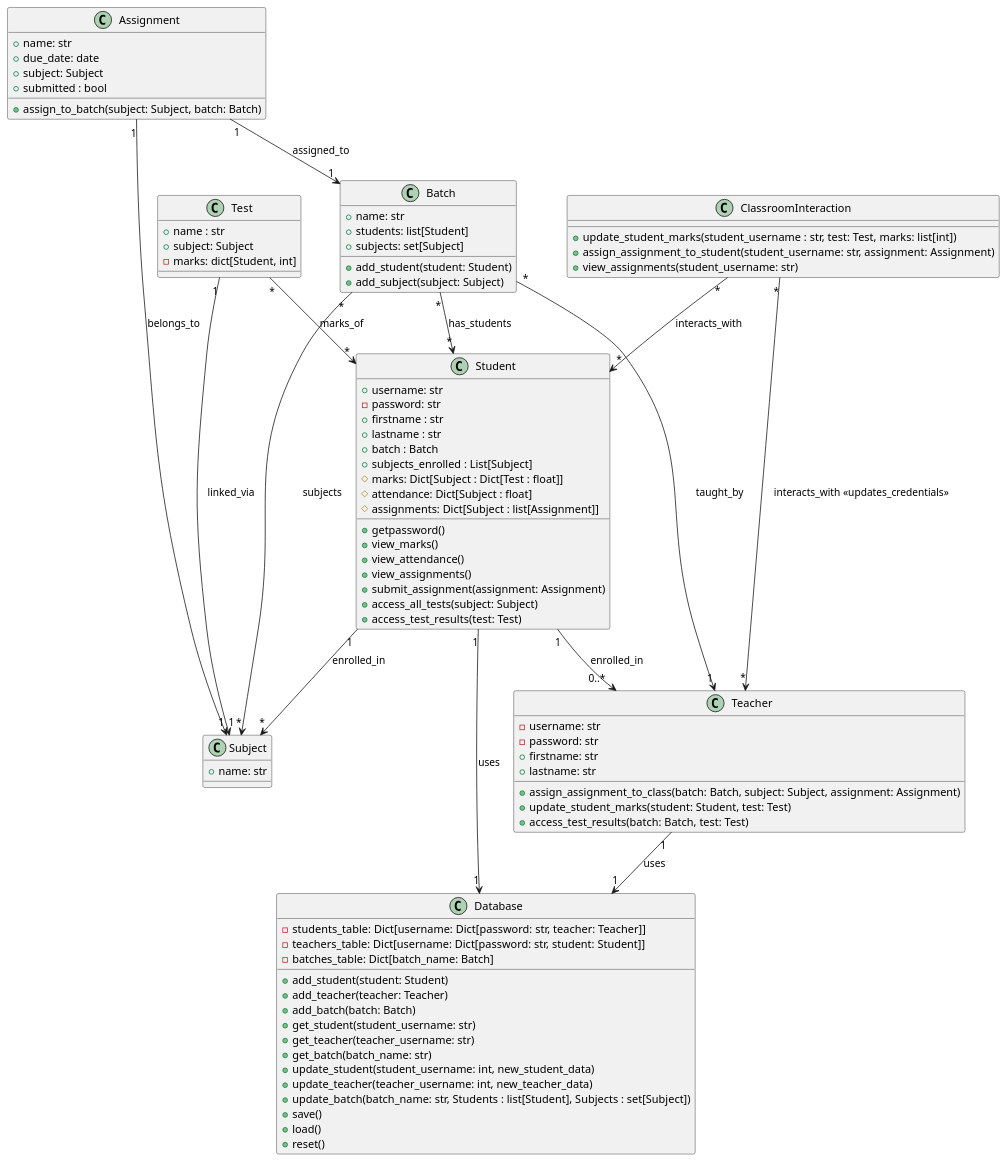
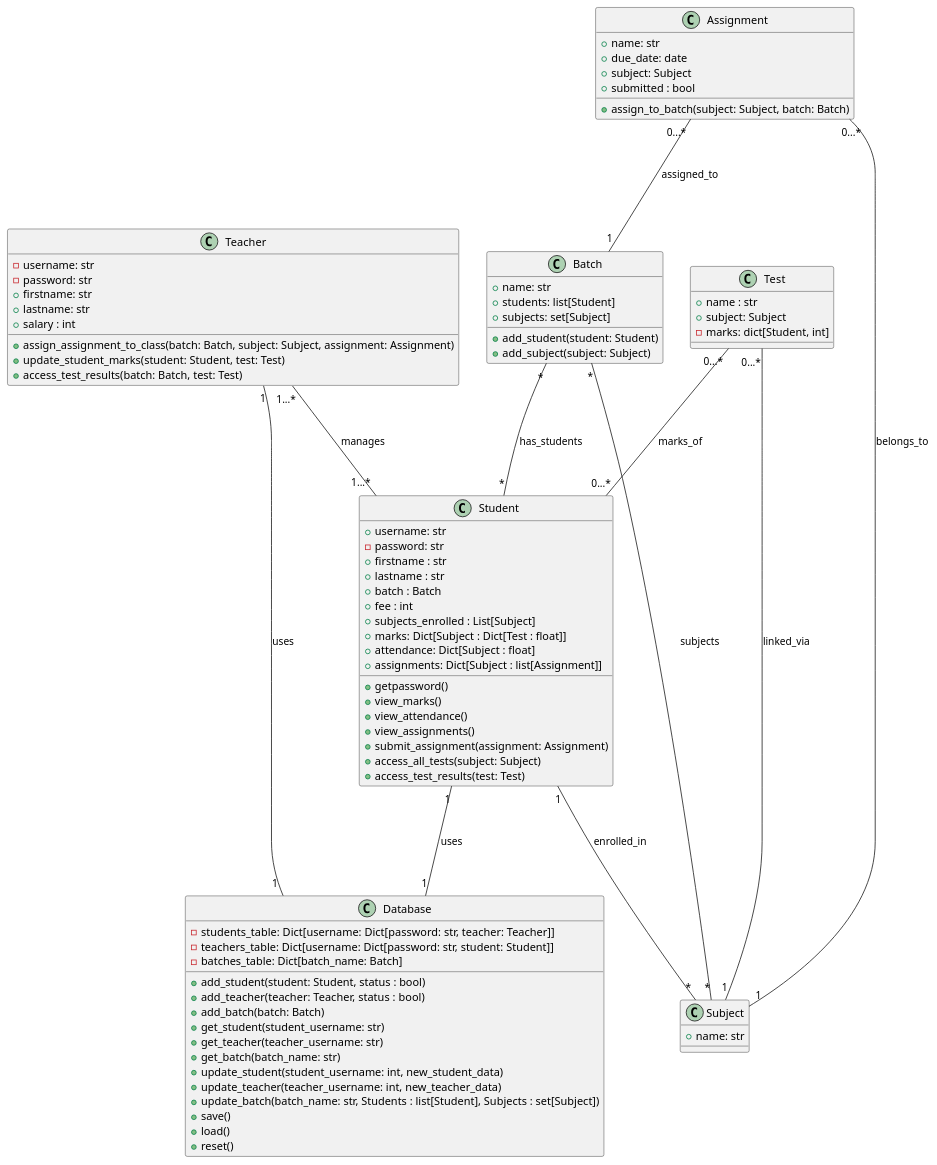
Before and after one commit to SrimanRakshan/DSA: the diagram in uml_diagram.puml, drawn with PlantUML. The commit also changed 3 other files, not shown here.

Commit message:
Updated UML, Basic Classes

```diff
--- a/uml_diagram.puml
+++ b/uml_diagram.puml
@@ -1,94 +1,89 @@
 @startuml
 class Student {
     + username: str
     - password: str
     + firstname : str
     + lastname : str
     + batch : Batch
+    + fee : int
     + subjects_enrolled : List[Subject]
-    # marks: Dict[Subject : Dict[Test : float]]
-    # attendance: Dict[Subject : float]
-    # assignments: Dict[Subject : list[Assignment]]
+    + marks: Dict[Subject : Dict[Test : float]]
+    + attendance: Dict[Subject : float]
+    + assignments: Dict[Subject : list[Assignment]]
     + getpassword()
     + view_marks()
     + view_attendance()
     + view_assignments()
     + submit_assignment(assignment: Assignment)
     + access_all_tests(subject: Subject)
     + access_test_results(test: Test)
 }
 
 class Teacher {
     - username: str
     - password: str
     + firstname: str
     + lastname: str
+    + salary : int
     + assign_assignment_to_class(batch: Batch, subject: Subject, assignment: Assignment)
     + update_student_marks(student: Student, test: Test)
     + access_test_results(batch: Batch, test: Test)
 }
 
 class Subject {
     + name: str
 }
 
 class Batch {
     + name: str
     + students: list[Student]
     + subjects: set[Subject]
     + add_student(student: Student)
     + add_subject(subject: Subject)
 }
 
 class Assignment {
     + name: str
     + due_date: date
     + subject: Subject
     + submitted : bool
     + assign_to_batch(subject: Subject, batch: Batch)
 }
 
 class Test {
     + name : str
     + subject: Subject
     - marks: dict[Student, int]
 }
 
-class ClassroomInteraction {
-    + update_student_marks(student_username : str, test: Test, marks: list[int])
-    + assign_assignment_to_student(student_username: str, assignment: Assignment)
-    + view_assignments(student_username: str)
-}
-
 class Database {
     - students_table: Dict[username: Dict[password: str, teacher: Teacher]]
     - teachers_table: Dict[username: Dict[password: str, student: Student]]
     - batches_table: Dict[batch_name: Batch]
-    + add_student(student: Student)
-    + add_teacher(teacher: Teacher)
+    + add_student(student: Student, status : bool)
+    + add_teacher(teacher: Teacher, status : bool)
     + add_batch(batch: Batch)
     + get_student(student_username: str)
     + get_teacher(teacher_username: str)
     + get_batch(batch_name: str)
     + update_student(student_username: int, new_student_data)
     + update_teacher(teacher_username: int, new_teacher_data)
     + update_batch(batch_name: str, Students : list[Student], Subjects : set[Subject])
     + save()
     + load()
     + reset()
 }
 
-Student "1" --> "0..*" Teacher : enrolled_in
-Student "1" --> "1" Database : uses
-Teacher "1" --> "1" Database : uses
-Student "1" --> "*" Subject : enrolled_in
-Batch "*" --> "1" Teacher : taught_by
-Batch "*" --> "*" Student : has_students
-Batch "*" --> "*" Subject : subjects
-Assignment "1" --> "1" Subject : belongs_to
-Assignment "1" --> "1" Batch : assigned_to
-Test "1" --> "1" Subject : linked_via
-Test "*" --> "*" Student : marks_of
-ClassroomInteraction "*" --> "*" Teacher : interacts_with <<updates_credentials>>
-ClassroomInteraction "*" --> "*" Student : interacts_with
+'Student "1" --> "0..*" Teacher : enrolled_in
+Student "1" --- "1" Database : uses
+Teacher "1" --- "1" Database : uses
+Teacher "1...*" --- "1...*" Student : manages
+Student "1" --- "*" Subject : enrolled_in
+'Batch "*" --> "1" Teacher : taught_by
+Batch "*" --- "*" Student : has_students
+Batch "*" --- "*" Subject : subjects
+Assignment "0...*" --- "1" Subject : belongs_to
+Assignment "0...*" --- "1" Batch : assigned_to
+Test "0...*" --- "1" Subject : linked_via
+Test "0...*" --- "0...*" Student : marks_of
 @enduml
```
